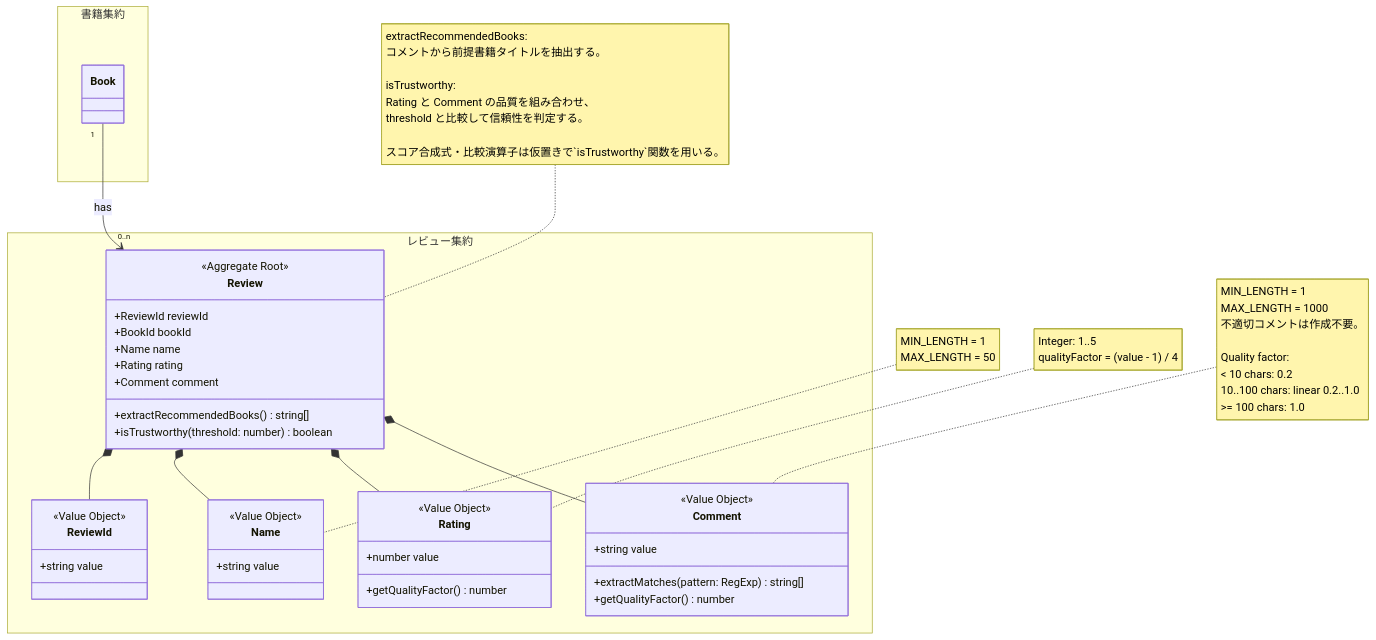
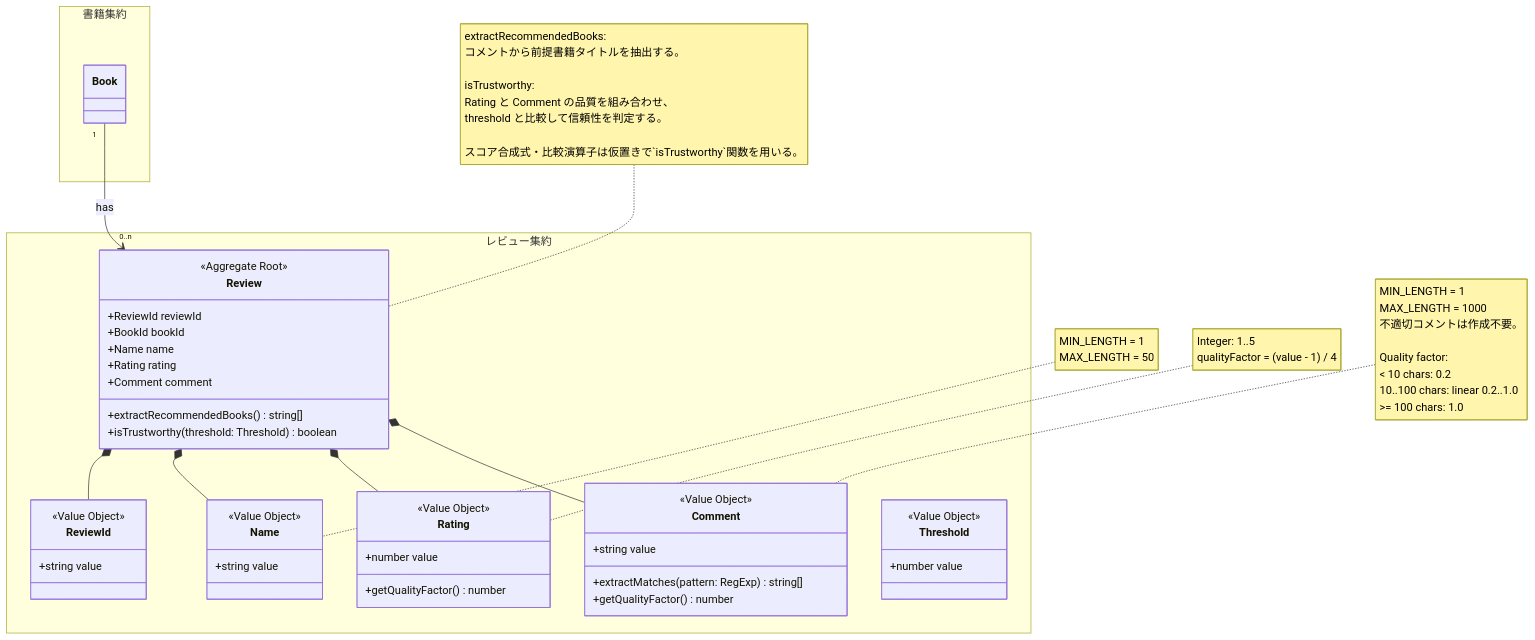
Before and after one commit to ikegamis/CatalogService-ClaudeCode: the diagram in doc/domain/models/Review/Review.md, drawn with Mermaid. The commit also changed other lines of this file and 13 other files, not shown here.

````diff
--- a/doc/domain/models/Review/Review.md
+++ b/doc/domain/models/Review/Review.md
@@ -5,52 +5,57 @@
 ```mermaid
 classDiagram
     namespace レビュー集約 {
         class Review {
             <<Aggregate Root>>
             +ReviewId reviewId
             +BookId bookId
             +Name name
             +Rating rating
             +Comment comment
             +extractRecommendedBooks() string[]
-            +isTrustworthy(threshold: number) boolean
+            +isTrustworthy(threshold: Threshold) boolean
         }
 
         class ReviewId {
             <<Value Object>>
             +string value
         }
 
         class Name {
             <<Value Object>>
             +string value
         }
 
         class Rating {
             <<Value Object>>
             +number value
             +getQualityFactor() number
         }
 
         class Comment {
             <<Value Object>>
             +string value
             +extractMatches(pattern: RegExp) string[]
             +getQualityFactor() number
         }
+
+        class Threshold {
+            <<Value Object>>
+            +number value
+        }
     }
     namespace 書籍集約 {
       class Book
     }
     Book "1" --> "0..n" Review : has
 
     Review *-- ReviewId
     Review *-- Name
     Review *-- Rating
     Review *-- Comment
 
     note for Review "extractRecommendedBooks:<br>コメントから前提書籍タイトルを抽出する。<br><br>isTrustworthy:<br>Rating と Comment の品質を組み合わせ、<br>threshold と比較して信頼性を判定する。<br><br>スコア合成式・比較演算子は仮置きで`isTrustworthy`関数を用いる。"
     note for Name "MIN_LENGTH = 1<br>MAX_LENGTH = 50"
     note for Rating "Integer: 1..5<br>qualityFactor = (value - 1) / 4"
     note for Comment "MIN_LENGTH = 1<br>MAX_LENGTH = 1000<br>不適切コメントは作成不要。<br><br>Quality factor:<br>< 10 chars: 0.2<br>10..100 chars: linear 0.2..1.0<br>>= 100 chars: 1.0"
 ```
````
